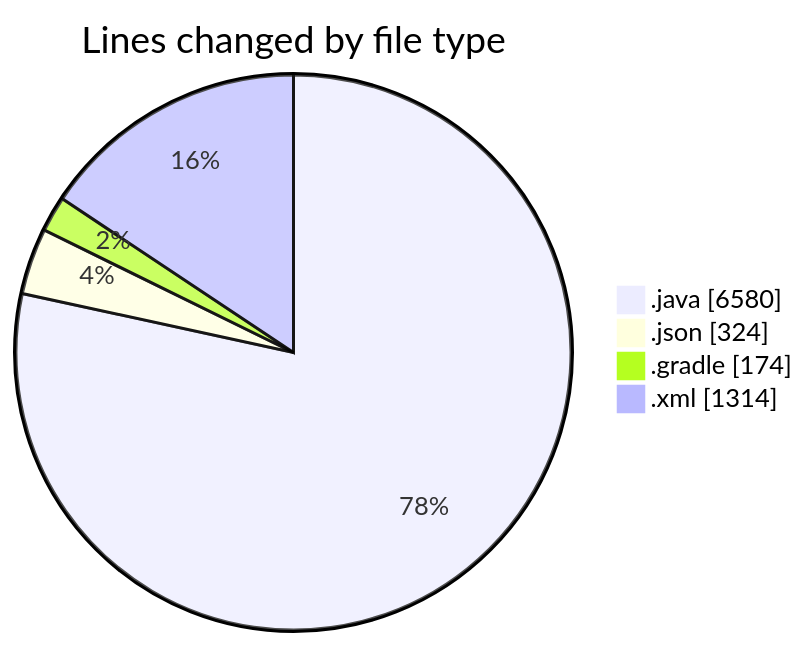
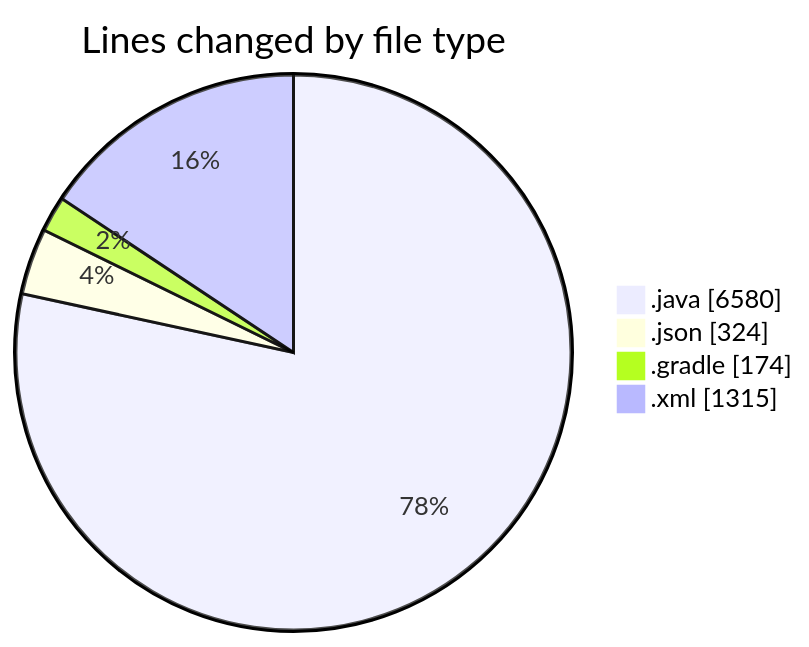
Before and after one commit to charlie-sans/code-tracking: the first of 2 diagrams in 2025-02-22/micros/README.md, drawn with Mermaid. The commit also changed other lines of this file and 1 other file, not shown here.

````diff
--- a/2025-02-22/micros/README.md
+++ b/2025-02-22/micros/README.md
@@ -67,8 +67,8 @@
 ```mermaid
 pie showData
 title Lines changed by file type
 ".java" : 6580
 ".json" : 324
 ".gradle" : 174
-".xml" : 1314
+".xml" : 1315
 ```
````
